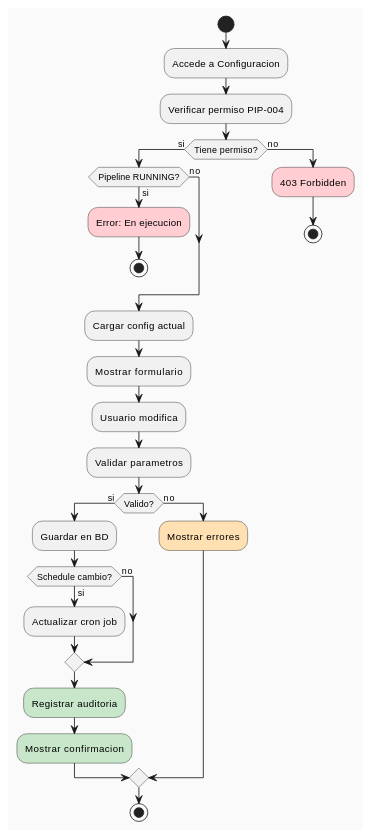
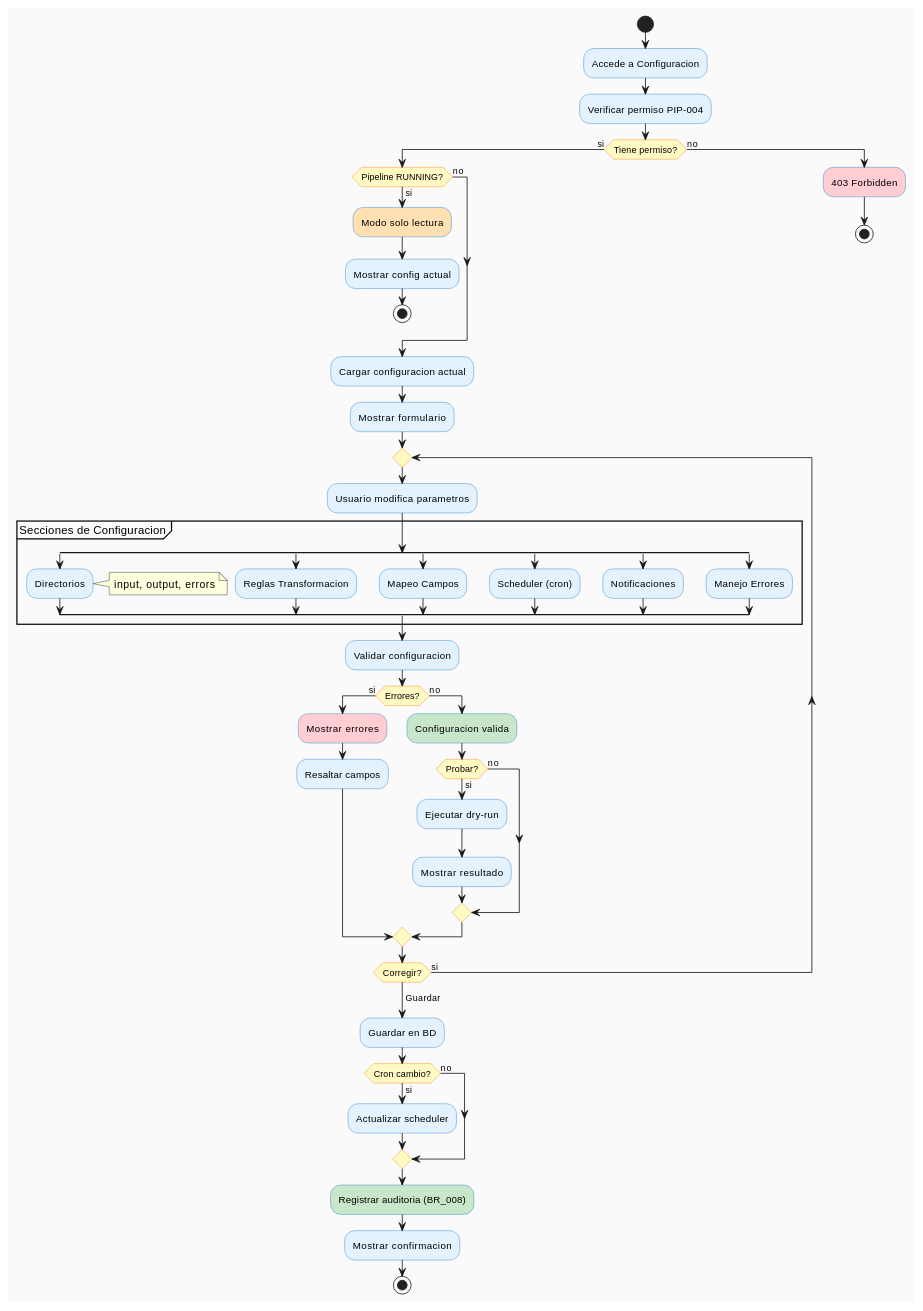
The third of 3 diagrams in source/requisitos/casos_uso/pipeline/UC_052_Configurar_Pipeline.rst (jcg-admin/IACT-docs), drawn with PlantUML before and after one commit. The commit also changed other lines of this file and 4 other files, not shown here.

```diff
--- a/source/requisitos/casos_uso/pipeline/UC_052_Configurar_Pipeline.rst
+++ b/source/requisitos/casos_uso/pipeline/UC_052_Configurar_Pipeline.rst
@@ -250,6 +392,12 @@
 
    @startuml
    skinparam backgroundColor #FAFAFA
+   skinparam activity {
+       BackgroundColor #E3F2FD
+       BorderColor #1976D2
+       DiamondBackgroundColor #FFF9C4
+       DiamondBorderColor #F57C00
+   }
 
    start
 
@@ -259,29 +407,62 @@
    if (Tiene permiso?) then (si)
 
        if (Pipeline RUNNING?) then (si)
-           #FFCDD2:Error: En ejecucion;
+           #FFE0B2:Modo solo lectura;
+           :Mostrar config actual;
            stop
        else (no)
        endif
 
-       :Cargar config actual;
+       :Cargar configuracion actual;
        :Mostrar formulario;
-       :Usuario modifica;
-       :Validar parametros;
 
-       if (Valido?) then (si)
-           :Guardar en BD;
+       repeat
+           :Usuario modifica parametros;
 
-           if (Schedule cambio?) then (si)
-               :Actualizar cron job;
+           partition "Secciones de Configuracion" {
+               split
+                   :Directorios;
+                   note right: input, output, errors
+               split again
+                   :Reglas Transformacion;
+               split again
+                   :Mapeo Campos;
+               split again
+                   :Scheduler (cron);
+               split again
+                   :Notificaciones;
+               split again
+                   :Manejo Errores;
+               end split
+           }
+
+           :Validar configuracion;
+
+           if (Errores?) then (si)
+               #FFCDD2:Mostrar errores;
+               :Resaltar campos;
            else (no)
+               #C8E6C9:Configuracion valida;
+
+               if (Probar?) then (si)
+                   :Ejecutar dry-run;
+                   :Mostrar resultado;
+               else (no)
+               endif
            endif
 
-           #C8E6C9:Registrar auditoria;
-           #C8E6C9:Mostrar confirmacion;
+       repeat while (Corregir?) is (si)
+       -> Guardar;
+
+       :Guardar en BD;
+
+       if (Cron cambio?) then (si)
+           :Actualizar scheduler;
        else (no)
-           #FFE0B2:Mostrar errores;
        endif
+
+       #C8E6C9:Registrar auditoria (BR_008);
+       :Mostrar confirmacion;
 
        stop
    else (no)
```
